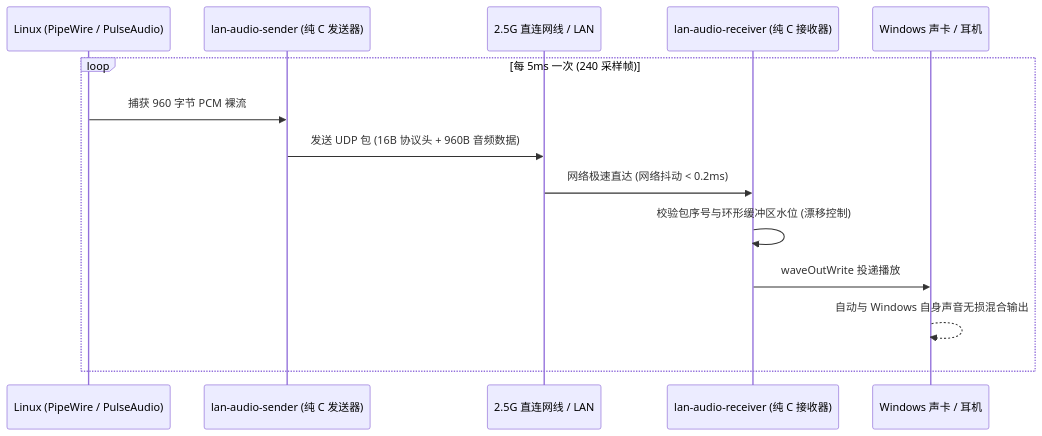
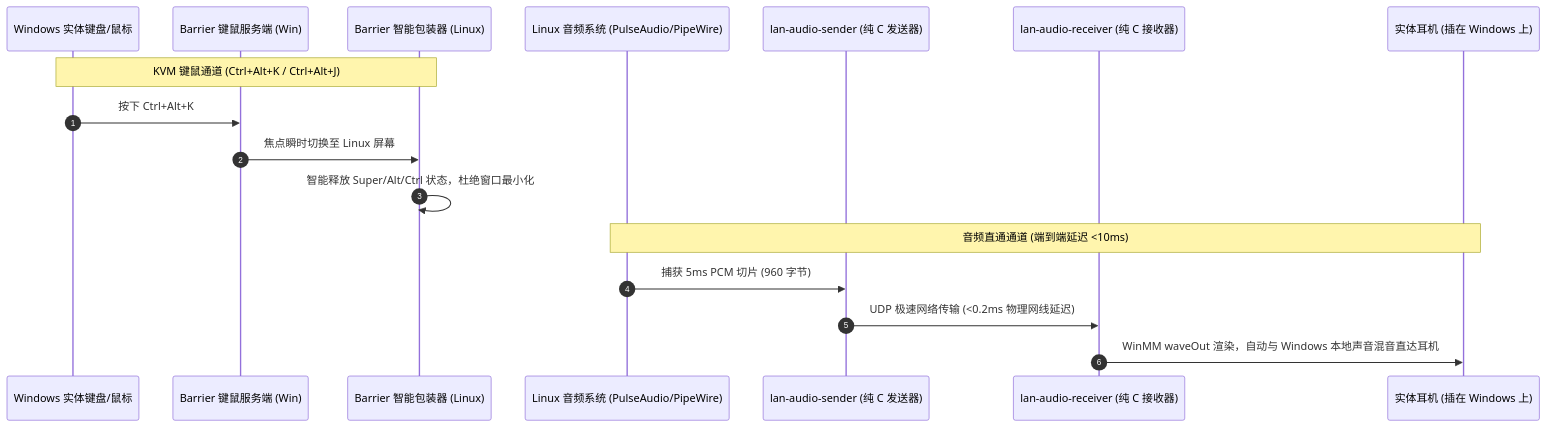
One commit to hsdgb3524-crypto/lan-desk-bridge changed the diagram in README_CN.md. Above: the diagram before and after it, drawn with Mermaid. The commit also changed other lines of this file and 13 other files, not shown here.

First line of the commit message:
feat: merge KVM and Audio into unified All-in-One lan-desk-bridge suite

````diff
--- a/README_CN.md
+++ b/README_CN.md
@@ -51,17 +55,21 @@
 ```mermaid
 sequenceDiagram
-    participant P as Linux (PipeWire / PulseAudio)
-    participant S as lan-audio-sender (纯 C 发送器)
-    participant N as 2.5G 直连网线 / LAN
-    participant R as lan-audio-receiver (纯 C 接收器)
-    participant W as Windows 声卡 / 耳机
+    autonumber
+    participant WinKbd as Windows 实体键盘/鼠标
+    participant WinServ as Barrier 键鼠服务端 (Win)
+    participant LinClient as Barrier 智能包装器 (Linux)
+    participant LinAudio as Linux 音频系统 (PulseAudio/PipeWire)
+    participant LinSender as lan-audio-sender (纯 C 发送器)
+    participant WinRecv as lan-audio-receiver (纯 C 接收器)
+    participant WinHeadphones as 实体耳机 (插在 Windows 上)
 
-    loop 每 5ms 一次 (240 采样帧)
-        P->>S: 捕获 960 字节 PCM 裸流
-        S->>N: 发送 UDP 包 (16B 协议头 + 960B 音频数据)
-        N->>R: 网络极速直达 (网络抖动 < 0.2ms)
-        R->>R: 校验包序号与环形缓冲区水位 (漂移控制)
-        R->>W: waveOutWrite 投递播放
-        W-->>W: 自动与 Windows 自身声音无损混合输出
-    end
+    Note over WinKbd,LinClient: KVM 键鼠通道 (Ctrl+Alt+K / Ctrl+Alt+J)
+    WinKbd->>WinServ: 按下 Ctrl+Alt+K
+    WinServ->>LinClient: 焦点瞬时切换至 Linux 屏幕
+    LinClient->>LinClient: 智能释放 Super/Alt/Ctrl 状态，杜绝窗口最小化
+
+    Note over LinAudio,WinHeadphones: 音频直通通道 (端到端延迟 <10ms)
+    LinAudio->>LinSender: 捕获 5ms PCM 切片 (960 字节)
+    LinSender->>WinRecv: UDP 极速网络传输 (<0.2ms 物理网线延迟)
+    WinRecv->>WinHeadphones: WinMM waveOut 渲染，自动与 Windows 本地声音混音直达耳机
 ```
````
